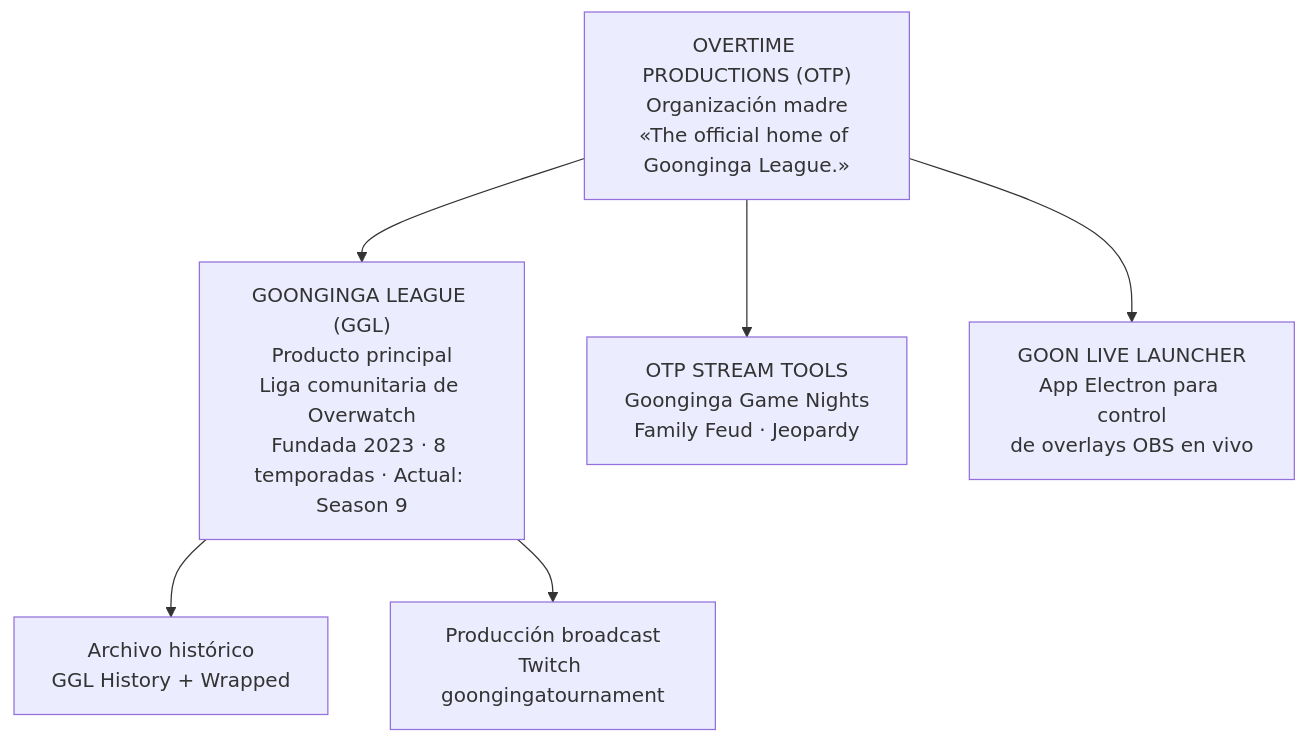
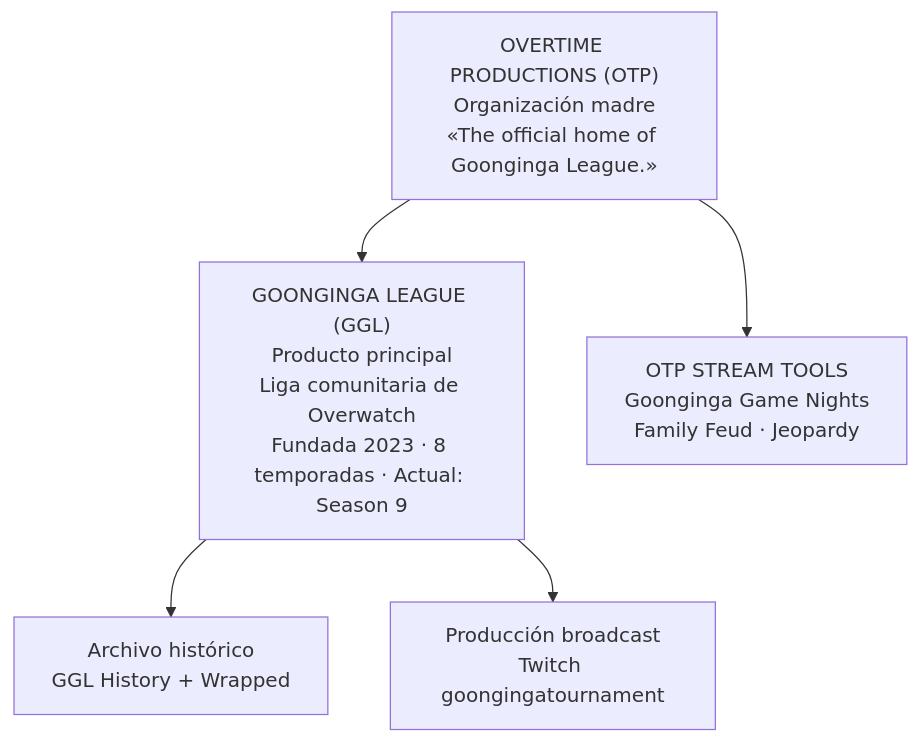
One commit to AlonsoOspino/GoongingaProyectDesigning changed the first of 10 diagrams in BRAND.md. Above: the diagram before and after it, drawn with Mermaid. The commit also changed other lines of this file and 193 other files, not shown here.

````diff
--- a/BRAND.md
+++ b/BRAND.md
@@ -11,11 +11,10 @@
 ```mermaid
 graph TD
     OTP["OVERTIME PRODUCTIONS (OTP)<br/>Organización madre<br/>«The official home of Goonginga League.»"]
 
     OTP --> GGL["GOONGINGA LEAGUE (GGL)<br/>Producto principal<br/>Liga comunitaria de Overwatch<br/>Fundada 2023 · 8 temporadas · Actual: Season 9"]
     OTP --> ST["OTP STREAM TOOLS<br/>Goonginga Game Nights<br/>Family Feud · Jeopardy"]
-    OTP --> LCH["GOON LIVE LAUNCHER<br/>App Electron para control<br/>de overlays OBS en vivo"]
 
     GGL --> HIST["Archivo histórico<br/>GGL History + Wrapped"]
     GGL --> BCAST["Producción broadcast<br/>Twitch goongingatournament"]
 ```
````
